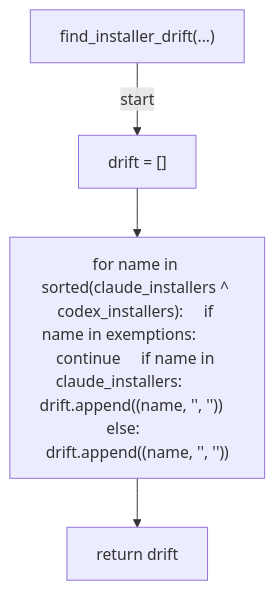
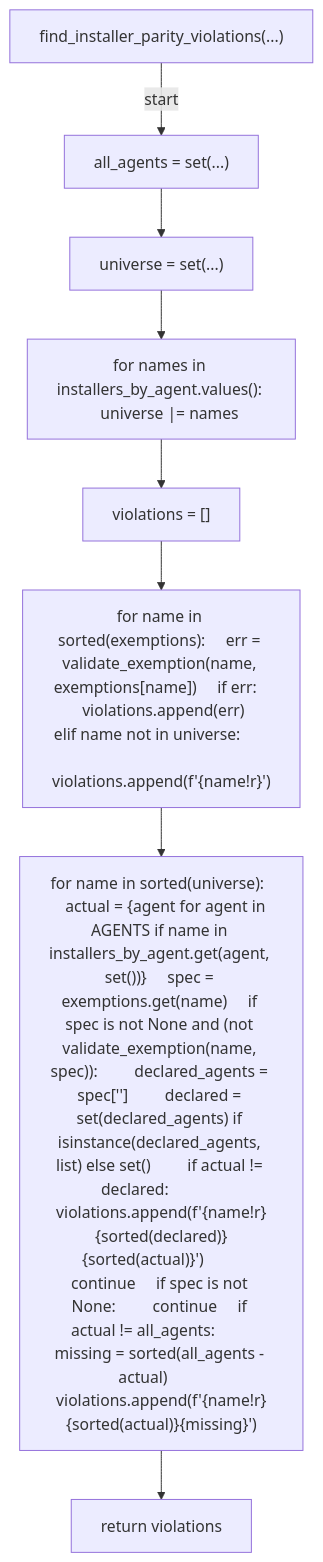
One commit to tvna/claude-md changed the tenth of 12 diagrams in docs/generated/scripts/ast/scan_hook_coverage_drift.md. Above: the diagram before and after it, drawn with Mermaid. The commit also changed other lines of this file, not shown here.

First line of the commit message:
docs(generated): regenerate decision tree and workflow diagrams

````diff
--- a/docs/generated/scripts/ast/scan_hook_coverage_drift.md
+++ b/docs/generated/scripts/ast/scan_hook_coverage_drift.md
@@ -101,10 +136,18 @@
 ```mermaid
 flowchart TD
-    N001["find_installer_drift(...)"]
-    N002["drift = []"]
-    N003["for name in sorted(claude_installers ^ codex_installers):     if name in exemptions:         continue     if name in claude_installers:         drift.append((name, '<str>', '<str>'))     else:         drift.append((name, '<str>', '<str>'))"]
-    N004["return drift"]
+    N001["find_installer_parity_violations(...)"]
+    N002["all_agents = set(...)"]
+    N003["universe = set(...)"]
+    N004["for names in installers_by_agent.values():     universe |= names"]
+    N005["violations = []"]
+    N006["for name in sorted(exemptions):     err = validate_exemption(name, exemptions[name])     if err:         violations.append(err)     elif name not in universe:         violations.append(f'<str>{name!r}<str>')"]
+    N007["for name in sorted(universe):     actual = {agent for agent in AGENTS if name in installers_by_agent.get(agent, set())}     spec = exemptions.get(name)     if spec is not None and (not validate_exemption(name, spec)):         declared_agents = spec['<str>']         declared = set(declared_agents) if isinstance(declared_agents, list) else set()         if actual != declared:             violations.append(f'<str>{name!r}<str>{sorted(declared)}<str>{sorted(actual)}<str>')         continue     if spec is not None:         continue     if actual != all_agents:         missing = sorted(all_agents - actual)         violations.append(f'<str>{name!r}<str>{sorted(actual)}<str>{missing}<str>')"]
+    N008["return violations"]
     N001 -->|"start"| N002
     N002 --> N003
     N003 --> N004
+    N004 --> N005
+    N005 --> N006
+    N006 --> N007
+    N007 --> N008
 ```
````
